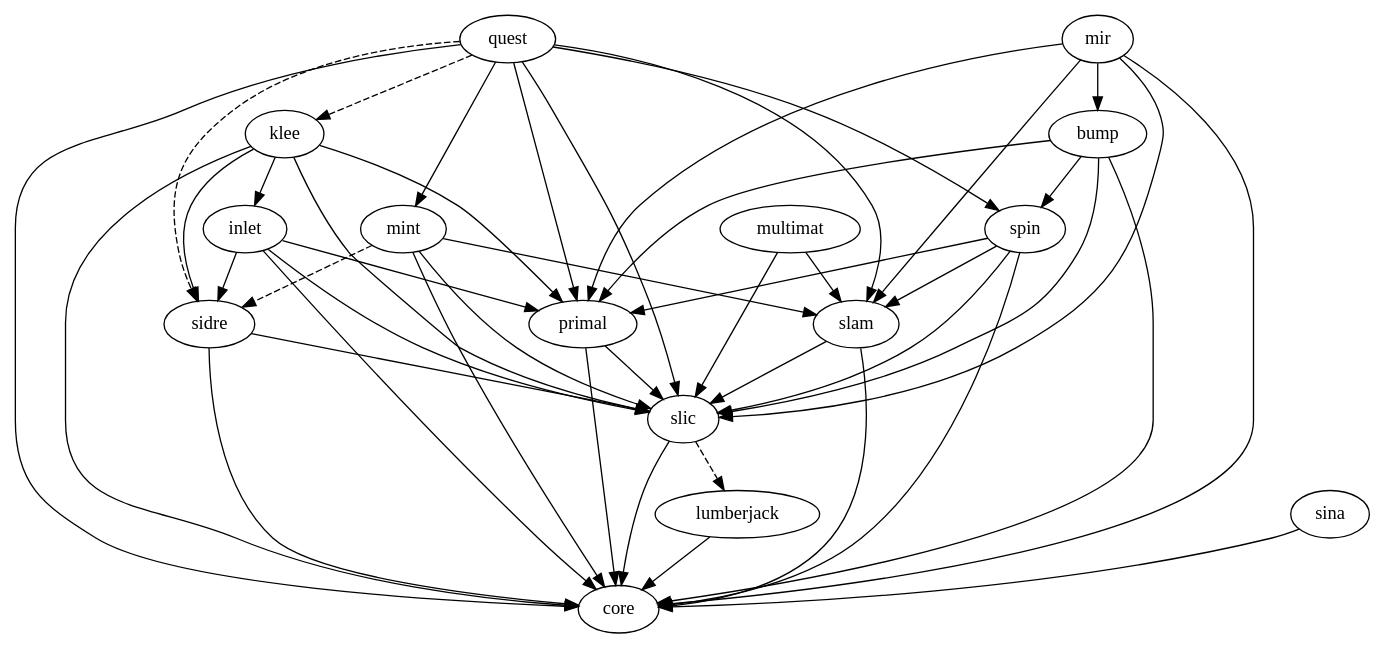
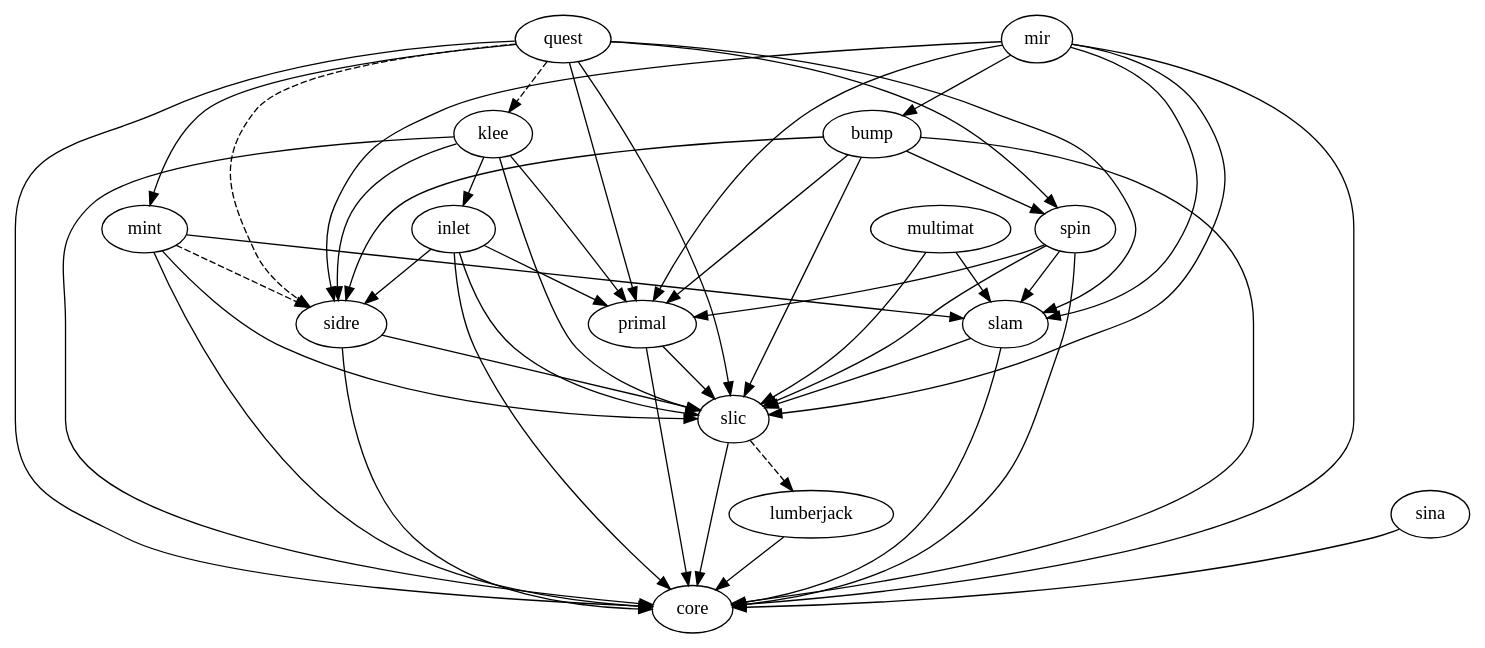
Before and after one commit to llnl/axom: the diagram in src/docs/dependencies.dot, drawn with Graphviz.

Commit message:
Updated bump and mir dependency graph.

```diff
--- a/src/docs/dependencies.dot
+++ b/src/docs/dependencies.dot
@@ -1,17 +1,17 @@
 digraph dependencies {
   quest -> {slam primal mint spin};
   quest -> {klee sidre} [style="dashed"];
   {inlet klee mint primal quest slam spin sidre} -> {slic core};
   mint -> slam
   mint -> sidre [style="dashed"];
-  mir -> {bump slic core slam primal};
+  mir -> {bump sidre slic core slam primal};
   multimat -> {slic slam};
   spin -> {slam primal};
   sina -> {core};
   slic -> core;
   slic -> lumberjack [style="dashed"];
   lumberjack -> core;
   inlet -> {sidre primal};
   klee -> {sidre primal inlet};
-  bump -> {core slic spin primal};
+  bump -> {core sidre slic spin primal};
 }
```
